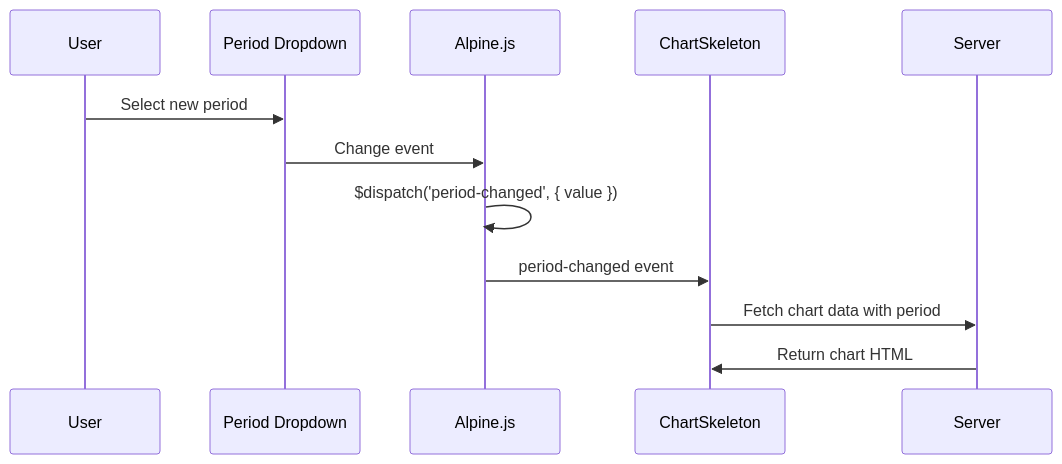
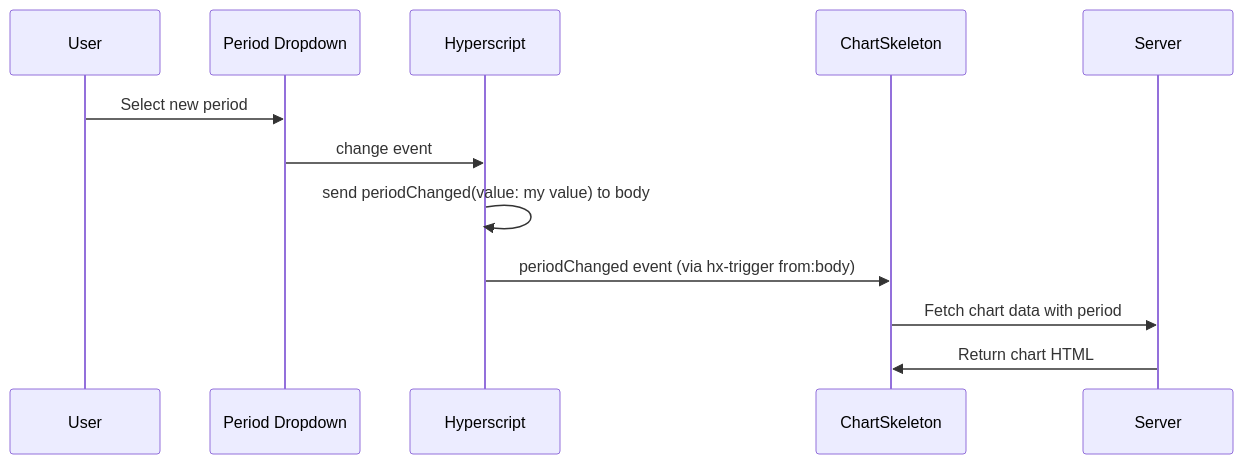
One commit to xxnickles/anime-feed-manager changed the second of 2 diagrams in src/AnimeFeedManager.Web/docs/CUSTOM-EVENTS.md. Above: the diagram before and after it, drawn with Mermaid. The commit also changed other lines of this file and 1 other file, not shown here.

Commit message:
🔄 Hyperscript migration phase 5: Migrating period selector functionality on charts

````diff
--- a/src/AnimeFeedManager.Web/docs/CUSTOM-EVENTS.md
+++ b/src/AnimeFeedManager.Web/docs/CUSTOM-EVENTS.md
@@ -117,15 +124,15 @@
 ```mermaid
 sequenceDiagram
     participant User
     participant Dropdown as Period Dropdown
-    participant Alpine as Alpine.js
+    participant Hyperscript
     participant Chart as ChartSkeleton
     participant Server
 
     User->>Dropdown: Select new period
-    Dropdown->>Alpine: Change event
-    Alpine->>Alpine: $dispatch('period-changed', { value })
-    Alpine->>Chart: period-changed event
+    Dropdown->>Hyperscript: change event
+    Hyperscript->>Hyperscript: send periodChanged(value: my value) to body
+    Hyperscript->>Chart: periodChanged event (via hx-trigger from:body)
     Chart->>Server: Fetch chart data with period
     Server->>Chart: Return chart HTML
 ```
````
